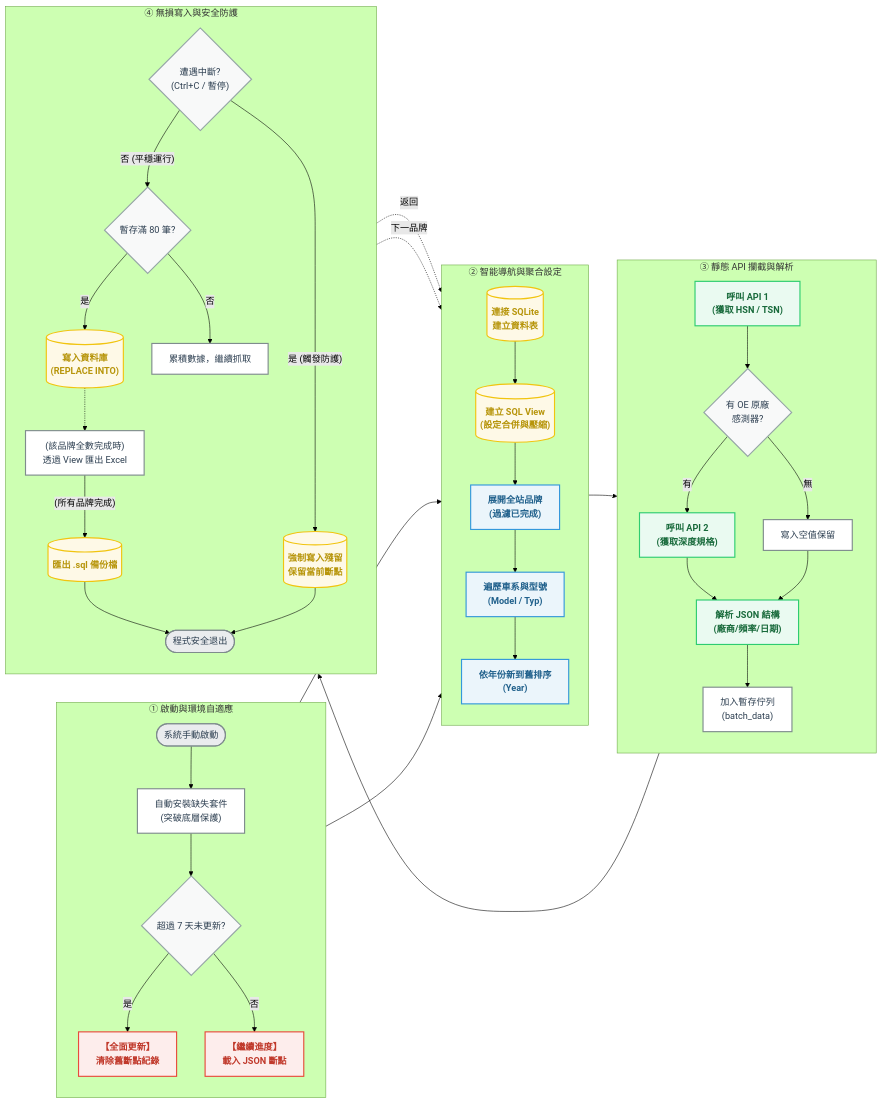
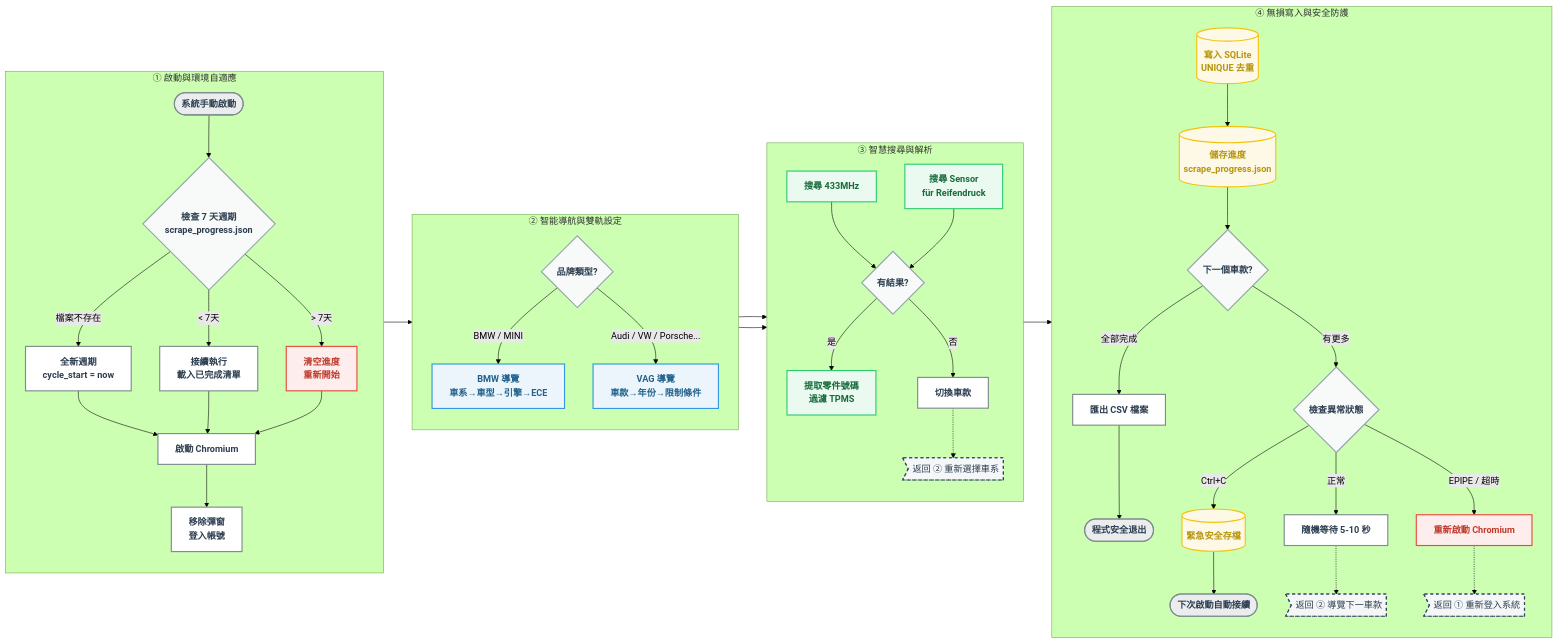
One commit to chi71211/OrangePartslink24 changed the second of 2 diagrams in README.md. Above: the diagram before and after it, drawn with Mermaid (forest theme).

````diff
--- a/README.md
+++ b/README.md
@@ -149,60 +149,72 @@
 ```mermaid
 flowchart LR
-    %% Interpneu TPMS 爬蟲流程圖 (V11.py 架構) - 四柱型簡報版
-    classDef box_white fill:#FFFFFF,stroke:#7F8C8D,stroke-width:2px,color:#2C3E50
+    %% Partslink24 TPMS 爬蟲流程圖 - 四柱完美排版版
+    classDef box_white fill:#FFFFFF,stroke:#7F8C8D,stroke-width:2px,color:#2C3E50,font-weight:bold
     classDef box_red fill:#FDEDEC,stroke:#E74C3C,stroke-width:2px,color:#C0392B,font-weight:bold
     classDef box_blue fill:#EBF5FB,stroke:#3498DB,stroke-width:2px,color:#21618C,font-weight:bold
     classDef box_green fill:#EAFAF1,stroke:#2ECC71,stroke-width:2px,color:#186A3B,font-weight:bold
     classDef db_yellow fill:#FEF9E7,stroke:#F1C40F,stroke-width:2px,color:#B7950B,font-weight:bold
-    classDef decision fill:#F8F9F9,stroke:#95A5A6,stroke-width:2px,color:#2C3E50
-    classDef start_end fill:#EAECEE,stroke:#7F8C8D,stroke-width:2px,color:#2C3E50,rx:20,ry:20
+    classDef decision fill:#F8F9F9,stroke:#95A5A6,stroke-width:2px,color:#2C3E50,font-weight:bold
+    classDef start_end fill:#EAECEE,stroke:#7F8C8D,stroke-width:2px,color:#2C3E50,rx:20,ry:20,font-weight:bold
+    classDef loop_back fill:#F4F6F7,stroke:#34495E,stroke-width:2px,color:#2C3E50,stroke-dasharray: 5 5
 
     subgraph S1 ["① 啟動與環境自適應"]
         direction TB
-        A(["系統手動啟動"]):::start_end --> B["自動安裝缺失套件<br>(突破底層保護)"]:::box_white
-        B --> C{"超過 7 天未更新?"}:::decision
-        C -- "是" --> D["【全面更新】<br>清除舊斷點紀錄"]:::box_red
-        C -- "否" --> E["【繼續進度】<br>載入 JSON 斷點"]:::box_red
+        A(["系統手動啟動"]):::start_end --> B{"檢查 7 天週期<br>scrape_progress.json"}:::decision
+        B -- "檔案不存在" --> C["全新週期<br>cycle_start = now"]:::box_white
+        B -- "< 7天" --> D["接續執行<br>載入已完成清單"]:::box_white
+        B -- "> 7天" --> E["清空進度<br>重新開始"]:::box_red
+        C --> F["啟動 Chromium"]:::box_white
+        D --> F
+        E --> F
+        F --> G["移除彈窗<br>登入帳號"]:::box_white
     end
 
-    subgraph S2 ["② 智能導航與聚合設定"]
+    subgraph S2 ["② 智能導航與雙軌設定"]
         direction TB
-        F[("連接 SQLite<br>建立資料表")]:::db_yellow --> G[("建立 SQL View<br>(設定合併與壓縮)")]:::db_yellow
-        G --> H["展開全站品牌<br>(過濾已完成)"]:::box_blue
-        H --> I["遍歷車系與型號<br>(Model / Typ)"]:::box_blue
-        I --> J["依年份新到舊排序<br>(Year)"]:::box_blue
+        H{"品牌類型?"}:::decision
+        H -- "BMW / MINI" --> I["BMW 導覽<br>車系→車型→引擎→ECE"]:::box_blue
+        H -- "Audi / VW / Porsche..." --> J["VAG 導覽<br>車款→年份→限制條件"]:::box_blue
     end
 
-    subgraph S3 ["③ 靜態 API 攔截與解析"]
+    subgraph S3 ["③ 智慧搜尋與解析"]
         direction TB
-        K["呼叫 API 1<br>(獲取 HSN / TSN)"]:::box_green --> L{"有 OE 原廠<br>感測器?"}:::decision
-        L -- "無" --> M["寫入空值保留"]:::box_white
-        L -- "有" --> N["呼叫 API 2<br>(獲取深度規格)"]:::box_green
-        N --> O["解析 JSON 結構<br>(廠商/頻率/日期)"]:::box_green
-        M --> O
-        O --> P["加入暫存佇列<br>(batch_data)"]:::box_white
+        K["搜尋 433MHz"]:::box_green
+        L["搜尋 Sensor<br>für Reifendruck"]:::box_green
+        M{"有結果?"}:::decision
+        
+        K --> M
+        L --> M
+        M -- "是" --> N["提取零件號碼<br>過濾 TPMS"]:::box_green
+        M -- "否" --> O["切換車款"]:::box_white
+        
+        %% 使用標籤代替跨區塊逆向箭頭
+        O -.-> O_loop>返回 ② 重新選擇車系]:::loop_back
     end
 
     subgraph S4 ["④ 無損寫入與安全防護"]
         direction TB
-        Q{"遭遇中斷?<br>(Ctrl+C / 暫停)"}:::decision
-        Q -- "是 (觸發防護)" --> R[("強制寫入殘留<br>保留當前斷點")]:::db_yellow
-        Q -- "否 (平穩運行)" --> S{"暫存滿 80 筆?"}:::decision
-        S -- "是" --> T[("寫入資料庫<br>(REPLACE INTO)")]:::db_yellow
-        S -- "否" --> U["累積數據，繼續抓取"]:::box_white
-        T -.-> V["(該品牌全數完成時)<br>透過 View 匯出 Excel"]:::box_white
-        V -- "(所有品牌完成)" --> W[("匯出 .sql 備份檔")]:::db_yellow
-        W --> X(["程式安全退出"]):::start_end
-        R --> X
+        P[("寫入 SQLite<br>UNIQUE 去重")]:::db_yellow --> Q[("儲存進度<br>scrape_progress.json")]:::db_yellow
+        Q --> R{"下一個車款?"}:::decision
+        
+        R -- "全部完成" --> T["匯出 CSV 檔案"]:::box_white
+        T --> U(["程式安全退出"]):::start_end
+        
+        R -- "有更多" --> S{"檢查異常狀態"}:::decision
+        S -- "正常" --> V["隨機等待 5-10 秒"]:::box_white
+        S -- "EPIPE / 超時" --> W["重新啟動 Chromium"]:::box_red
+        S -- "Ctrl+C" --> X[("緊急安全存檔")]:::db_yellow
+        
+        X --> Y(["下次啟動自動接續"]):::start_end
+        
+        %% 使用標籤代替跨區塊逆向箭頭
+        V -.-> V_loop>返回 ② 導覽下一車款]:::loop_back
+        W -.-> W_loop>返回 ① 重新登入系統]:::loop_back
     end
 
-    %% 跨模組連結 (模組間推進)
-    D --> F
-    E --> F
-    J --> K
-    P --> Q
-
-    %% 回圈動線 (使用虛線表示狀態返回)
-    U -.->|返回| I
-    V -.->|下一品牌| H
+    %% 跨模組單向推進動線 (嚴格確保 1 ➔ 2 ➔ 3 ➔ 4)
+    G --> H
+    I --> K
+    J --> L
+    N --> P
 ```
````
